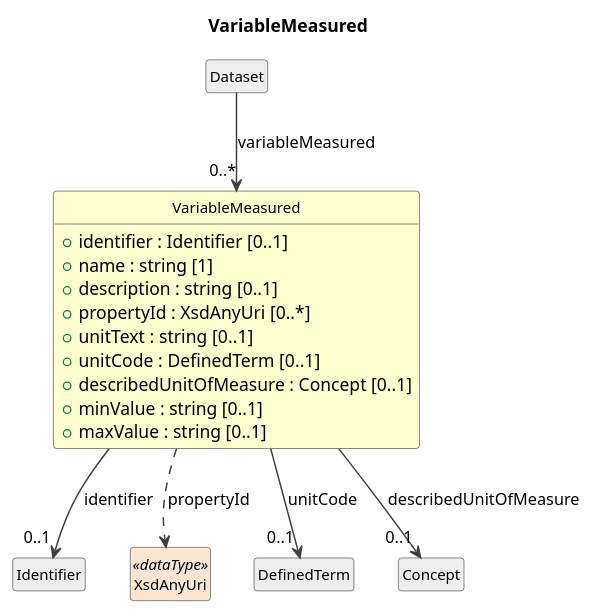
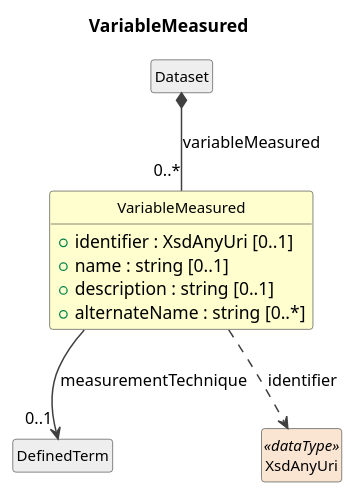
One commit to Cross-Domain-Interoperability-Framework/metadataBuildingBlocks changed the diagram in cdif-uml-model/_plantuml/cdifDiscovery/Classes/VariableMeasured.pu. Above: the diagram before and after it, drawn with PlantUML. The commit also changed 466 other files, not shown here.

First line of the commit message:
cdif-uml-model: regen for cdifDiscovery split (module + composites)

```diff
--- a/cdif-uml-model/_plantuml/cdifDiscovery/Classes/VariableMeasured.pu
+++ b/cdif-uml-model/_plantuml/cdifDiscovery/Classes/VariableMeasured.pu
@@ -1,35 +1,26 @@
 @startuml
 title VariableMeasured
 hide circle
 hide empty members
 skinparam shadowing false
 skinparam ArrowThickness 1.2
 skinparam class {
   ArrowColor #404040
   BorderColor #404040
   FontSize 12
 }
 
 class "VariableMeasured" as VariableMeasured #FEFECE {
-  +identifier : Identifier [0..1]
-  +name : string [1]
+  +identifier : XsdAnyUri [0..1]
+  +name : string [0..1]
   +description : string [0..1]
-  +propertyId : XsdAnyUri [0..*]
-  +unitText : string [0..1]
-  +unitCode : DefinedTerm [0..1]
-  +describedUnitOfMeasure : Concept [0..1]
-  +minValue : string [0..1]
-  +maxValue : string [0..1]
+  +alternateName : string [0..*]
 }
 class "Dataset" as Dataset #EEEEEE
-Dataset --> "0..*" VariableMeasured : variableMeasured
-class "Identifier" as Identifier #EEEEEE
-VariableMeasured --> "0..1" Identifier : identifier
+Dataset *-- "0..*" VariableMeasured : variableMeasured
+class "DefinedTerm" as DefinedTerm #EEEEEE
+VariableMeasured --> "0..1" DefinedTerm : measurementTechnique
 class "XsdAnyUri" as XsdAnyUri <<dataType>> #FAE5D3
-VariableMeasured ..> XsdAnyUri : propertyId
-class "DefinedTerm" as DefinedTerm #EEEEEE
-VariableMeasured --> "0..1" DefinedTerm : unitCode
-class "Concept" as Concept #EEEEEE
-VariableMeasured --> "0..1" Concept : describedUnitOfMeasure
+VariableMeasured ..> XsdAnyUri : identifier
 
 @enduml
```
